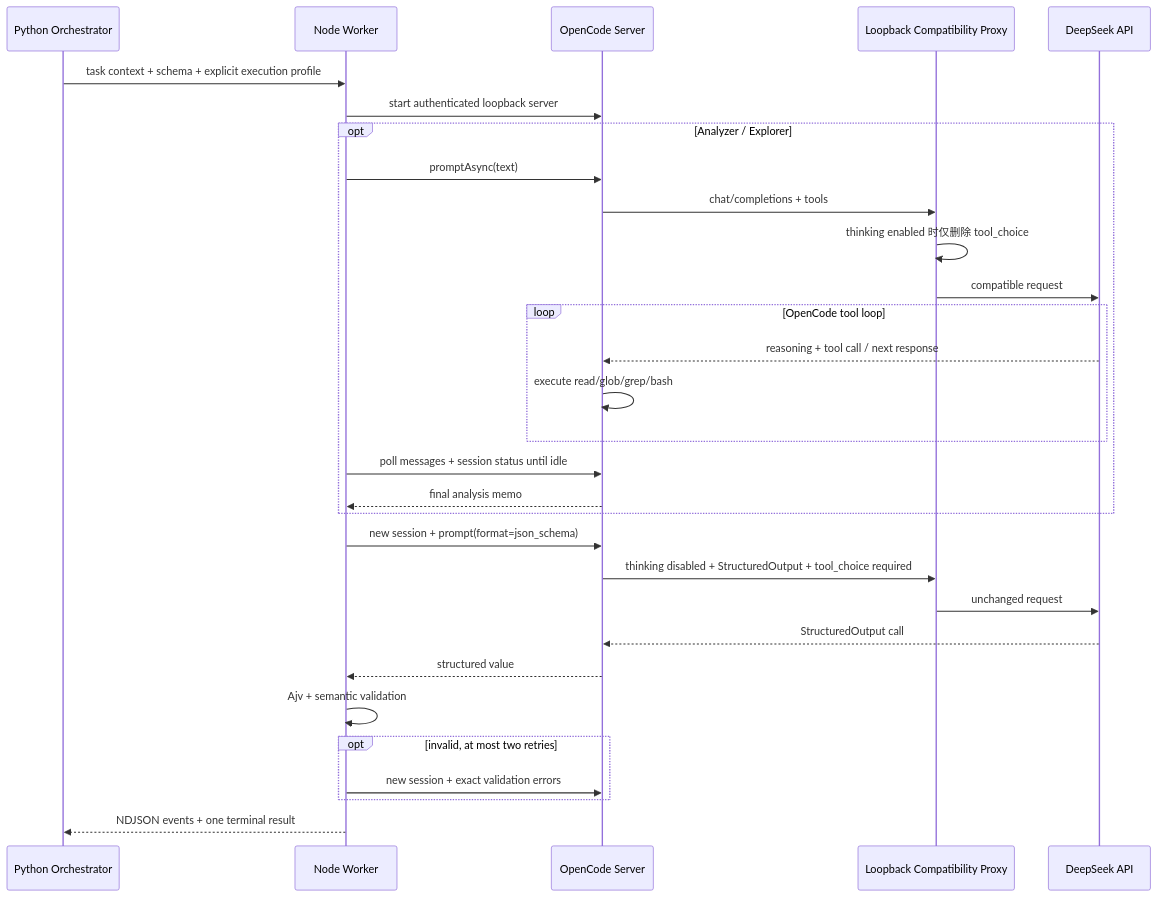
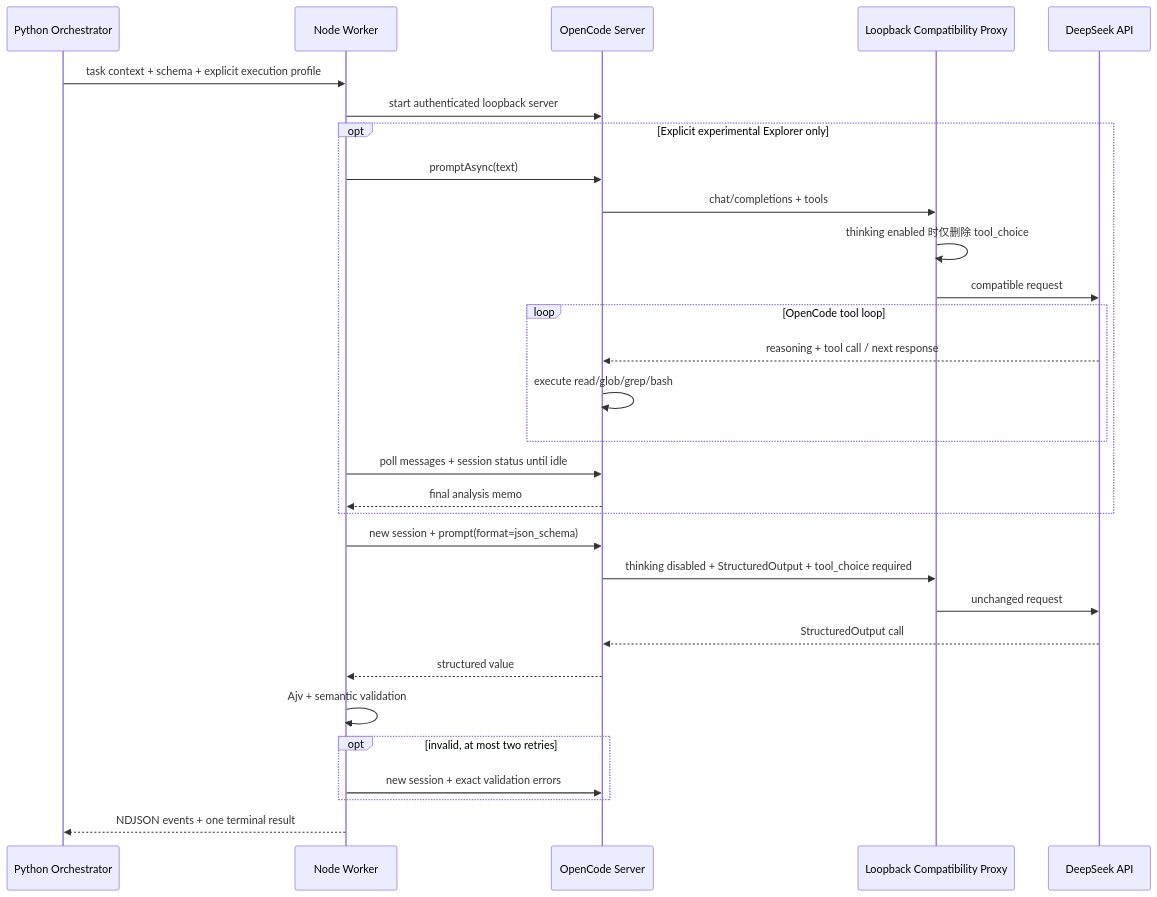
One commit to Nijika0529/ApkScanner changed the diagram in docs/opencode-deepseek.zh-CN.md. Above: the diagram before and after it, drawn with Mermaid. The commit also changed other lines of this file and 19 other files, not shown here.

````diff
--- a/docs/opencode-deepseek.zh-CN.md
+++ b/docs/opencode-deepseek.zh-CN.md
@@ -66,33 +63,33 @@
 ```mermaid
 sequenceDiagram
     participant P as Python Orchestrator
     participant W as Node Worker
     participant O as OpenCode Server
     participant X as Loopback Compatibility Proxy
     participant D as DeepSeek API
 
     P->>W: task context + schema + explicit execution profile
     W->>O: start authenticated loopback server
-    opt Analyzer / Explorer
+    opt Explicit experimental Explorer only
         W->>O: promptAsync(text)
         O->>X: chat/completions + tools
         X->>X: thinking enabled 时仅删除 tool_choice
         X->>D: compatible request
         loop OpenCode tool loop
             D-->>O: reasoning + tool call / next response
             O->>O: execute read/glob/grep/bash
         end
         W->>O: poll messages + session status until idle
         O-->>W: final analysis memo
     end
     W->>O: new session + prompt(format=json_schema)
     O->>X: thinking disabled + StructuredOutput + tool_choice required
     X->>D: unchanged request
     D-->>O: StructuredOutput call
     O-->>W: structured value
     W->>W: Ajv + semantic validation
     opt invalid, at most two retries
         W->>O: new session + exact validation errors
     end
     W-->>P: NDJSON events + one terminal result
 ```
````
